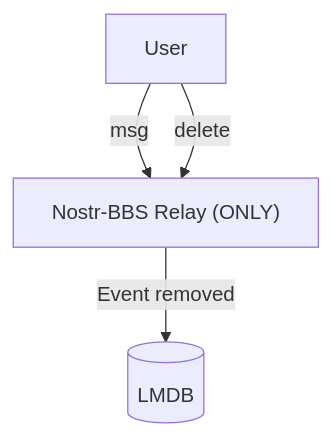
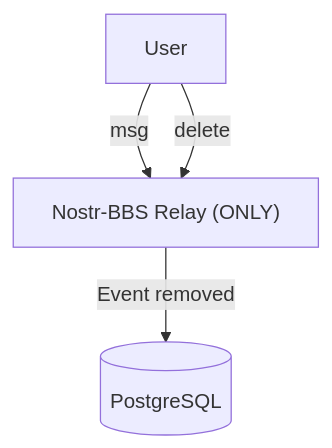
Before and after one commit to DreamLab-AI/fairfield: diagram 11 of 12 in docs/architecture/02-architecture.md, drawn with Mermaid. The commit also changed other lines of this file and 32 other files, not shown here.

````diff
--- a/docs/architecture/02-architecture.md
+++ b/docs/architecture/02-architecture.md
@@ -592,6 +593,6 @@
 ```mermaid
 flowchart TB
     User -->|msg| Nostr-BBSRelay["Nostr-BBS Relay (ONLY)"]
     User -->|delete| Nostr-BBSRelay
-    Nostr-BBSRelay -->|"Event removed"| LMDB[(LMDB)]
+    Nostr-BBSRelay -->|"Event removed"| PG[(PostgreSQL)]
 ```
````
